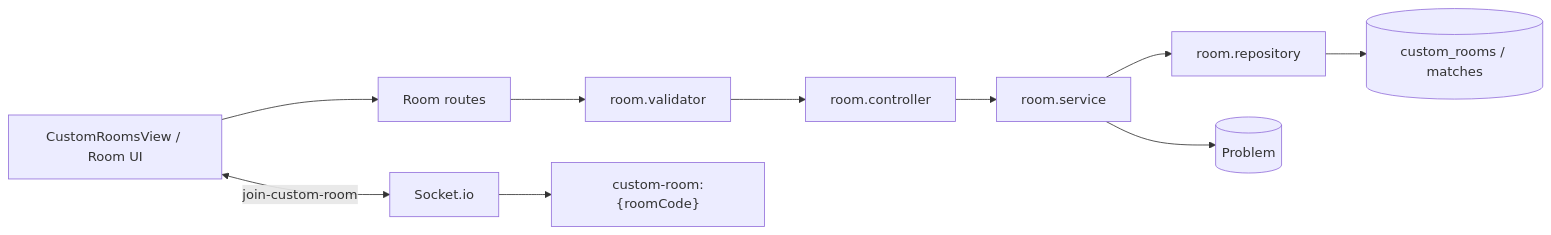
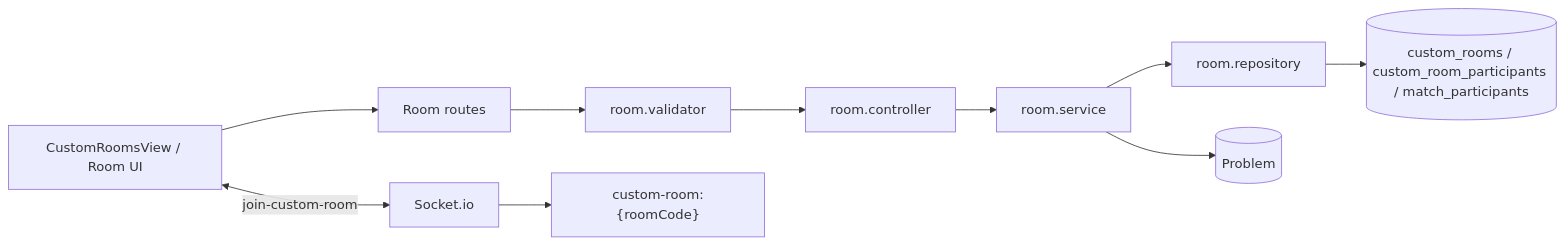
The fifth of 14 diagrams in docs/feature-flows.md (JamesHarrision/fessior-oj-backend), drawn with Mermaid before and after one commit. The commit also changed other lines of this file and 12 other files, not shown here.

````diff
--- a/docs/feature-flows.md
+++ b/docs/feature-flows.md
@@ -163,12 +163,12 @@
 ```mermaid
 flowchart LR
   FE[CustomRoomsView / Room UI] --> API[Room routes]
   API --> Validator[room.validator]
   Validator --> Controller[room.controller]
   Controller --> Service[room.service]
   Service --> Repo[room.repository]
-  Repo --> MySQL[(custom_rooms / matches)]
+  Repo --> MySQL[(custom_rooms / custom_room_participants / match_participants)]
   Service --> Mongo[(Problem)]
   FE <-->|join-custom-room| Socket[Socket.io]
   Socket --> Room["custom-room:{roomCode}"]
 ```
````
